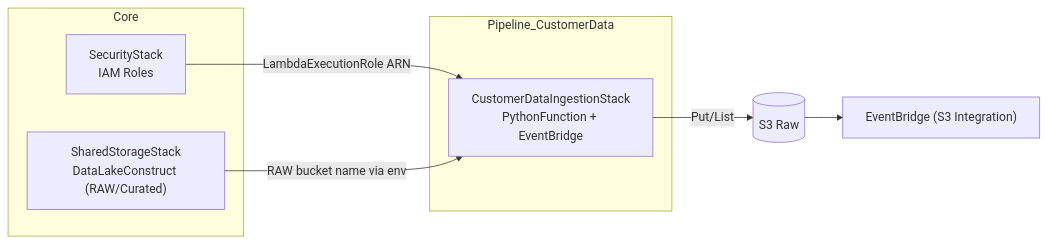
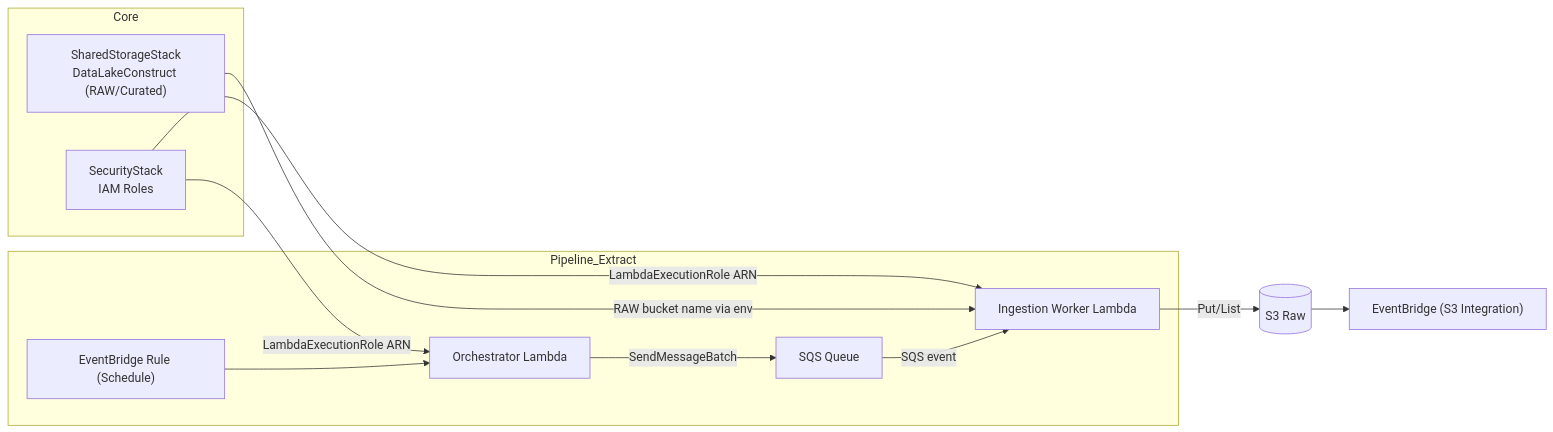
Before and after one commit to keemgdeok/fin-forge-pipeline: the diagram in docs/diagrams/extract/01-components.md, drawn with Mermaid. The commit also changed 2 other files, not shown here.

Commit message:
docs(extract): 다이어그램 재구성 및 팬아웃 흐름 반영 ingestion 다이어그램을 docs/diagrams/extract/01-03로 이동 EV→Orchestrator→SQS→Worker→RAW S3→EventBridge 흐름 반영 시퀀스/플로우/컴포넌트 간 표현 일관화 및 불필요한 주석 제거

````diff
--- a/docs/diagrams/extract/01-components.md
+++ b/docs/diagrams/extract/01-components.md
@@ -1,15 +1,22 @@
 ```mermaid
 graph LR
   subgraph Core
     SS["SharedStorageStack<br/>DataLakeConstruct (RAW/Curated)"]
     SEC["SecurityStack<br/>IAM Roles"]
   end
-  subgraph Pipeline_CustomerData
-    ING["CustomerDataIngestionStack<br/>PythonFunction + EventBridge"]
+  subgraph Pipeline_Extract
+    EV["EventBridge Rule (Schedule)"]
+    ORC["Orchestrator Lambda"]
+    SQS["SQS Queue"]
+    WRK["Ingestion Worker Lambda"]
   end
-  SEC -->|LambdaExecutionRole ARN| ING
-  SS -->|RAW bucket name via env| ING
-  ING -->|Put/List| RAW[(S3 Raw)]
+  SEC -->|LambdaExecutionRole ARN| ORC
+  SEC -->|LambdaExecutionRole ARN| WRK
+  SS -->|RAW bucket name via env| WRK
+  EV --> ORC
+  ORC -->|SendMessageBatch| SQS
+  SQS -->|SQS event| WRK
+  WRK -->|Put/List| RAW[(S3 Raw)]
   RAW --> EB["EventBridge (S3 Integration)"]
 
 ```
````
